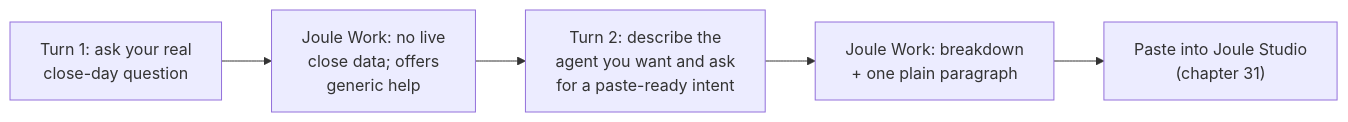
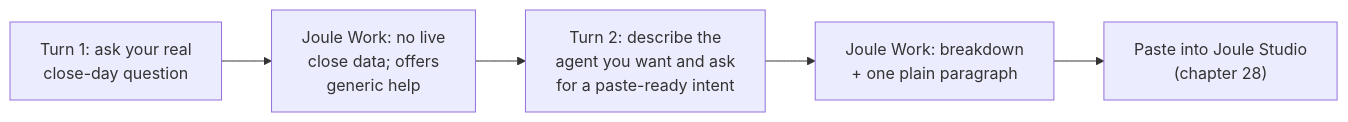
One commit to kiaanwankhede/MyNotes changed the diagram in books/sap-joule/notes-joule-work-financial-close-intent.md. Above: the diagram before and after it, drawn with Mermaid. The commit also changed other lines of this file and 49 other files, not shown here.

````diff
--- a/books/sap-joule/notes-joule-work-financial-close-intent.md
+++ b/books/sap-joule/notes-joule-work-financial-close-intent.md
@@ -23,7 +23,7 @@
 ```mermaid
 flowchart LR
     A["Turn 1: ask your real<br/>close-day question"] --> B["Joule Work: no live<br/>close data; offers<br/>generic help"]
     B --> C["Turn 2: describe the<br/>agent you want and ask<br/>for a paste-ready intent"]
     C --> D["Joule Work: breakdown<br/>+ one plain paragraph"]
-    D --> E["Paste into Joule Studio<br/>(chapter 31)"]
+    D --> E["Paste into Joule Studio<br/>(chapter 28)"]
 ```
````
